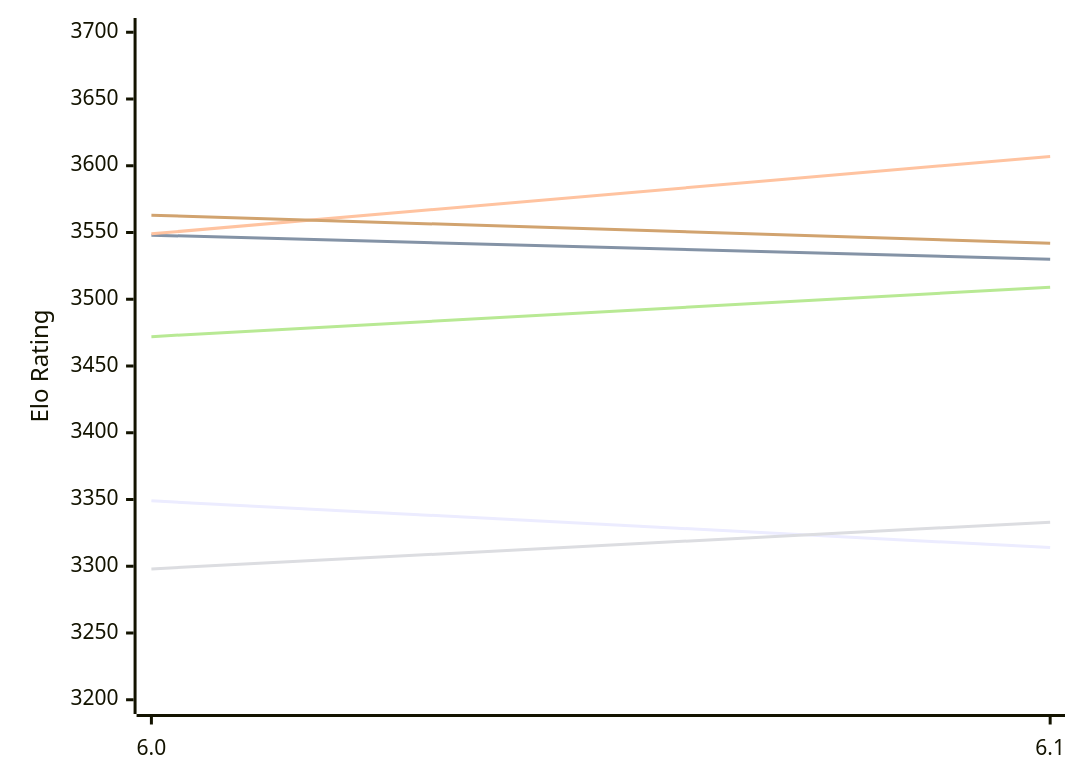
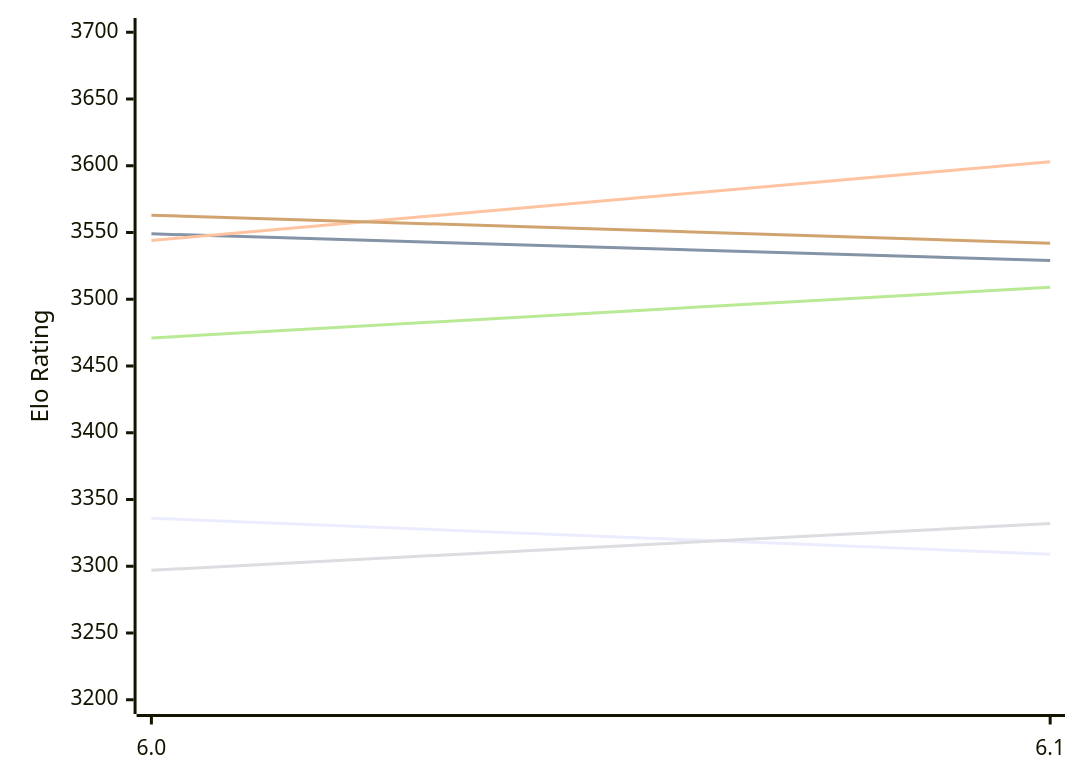
The first of 2 diagrams in engines/Starzix.md (computer-chess-index/cci), drawn with Mermaid before and after one commit. The commit also changed other lines of this file, not shown here.

Commit message:
Update CCI Ratings (ELO VLTC) - 2026-11-26

````diff
--- a/engines/Starzix.md
+++ b/engines/Starzix.md
@@ -51,12 +51,12 @@
 ```mermaid
 %%{init: {"theme":"base","themeVariables":{"seriesColors:['#a3a3a3','#222221','#faa371']}}}%%
 xychart-beta
   x-axis ["6.0", "6.1"]
   y-axis "Elo Rating" 3200 --> 3700
-  line "E1: STC (8.0+0.08s)" [3349, 3314]
-  line "E1: LTC (60.0+0.60s)" [3548, 3530]
-  line "E1: VLTC (2m24s+1.12s)" [3549, 3607]
-  line "P1: STC (8.0+0.08s)" [3298, 3333]
-  line "P1: LTC (60.0+0.60s)" [3472, 3509]
+  line "E1: STC (8.0+0.08s)" [3336, 3309]
+  line "E1: LTC (60.0+0.60s)" [3549, 3529]
+  line "E1: VLTC (2m24s+1.12s)" [3544, 3603]
+  line "P1: STC (8.0+0.08s)" [3297, 3332]
+  line "P1: LTC (60.0+0.60s)" [3471, 3509]
   line "P1: VLTC (2m24s+1.12s)" [3563, 3542]
 ```
````
